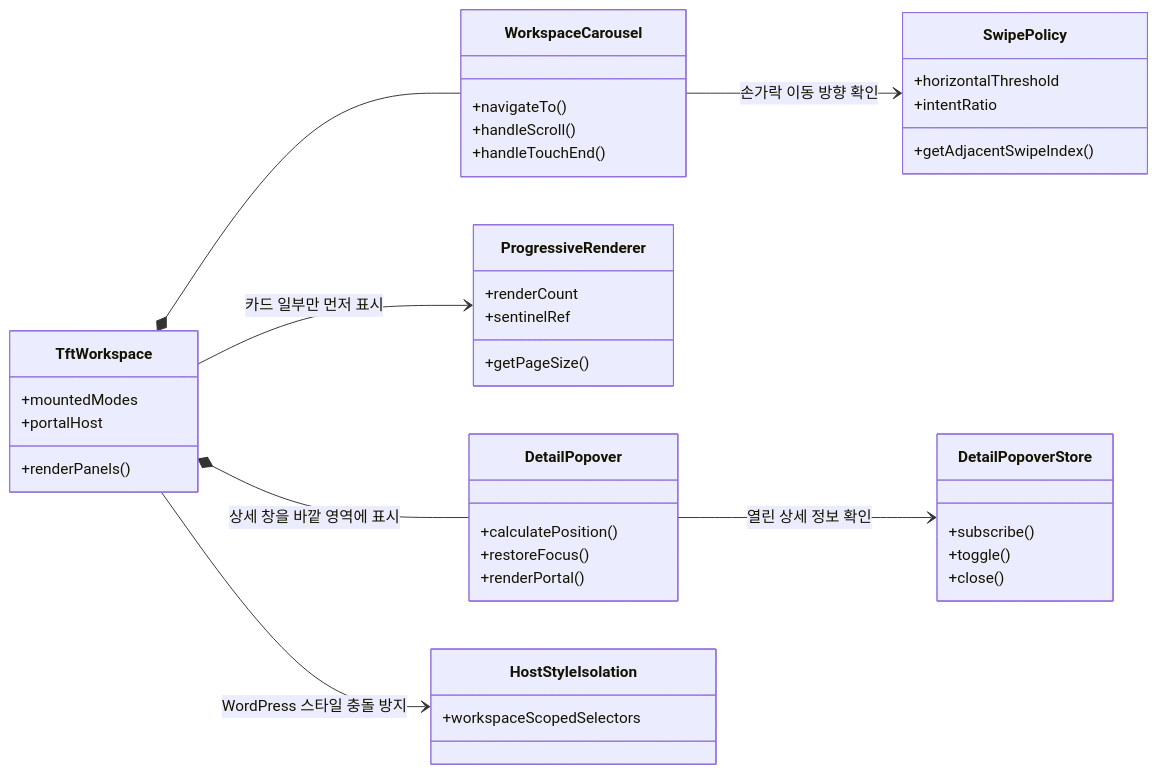
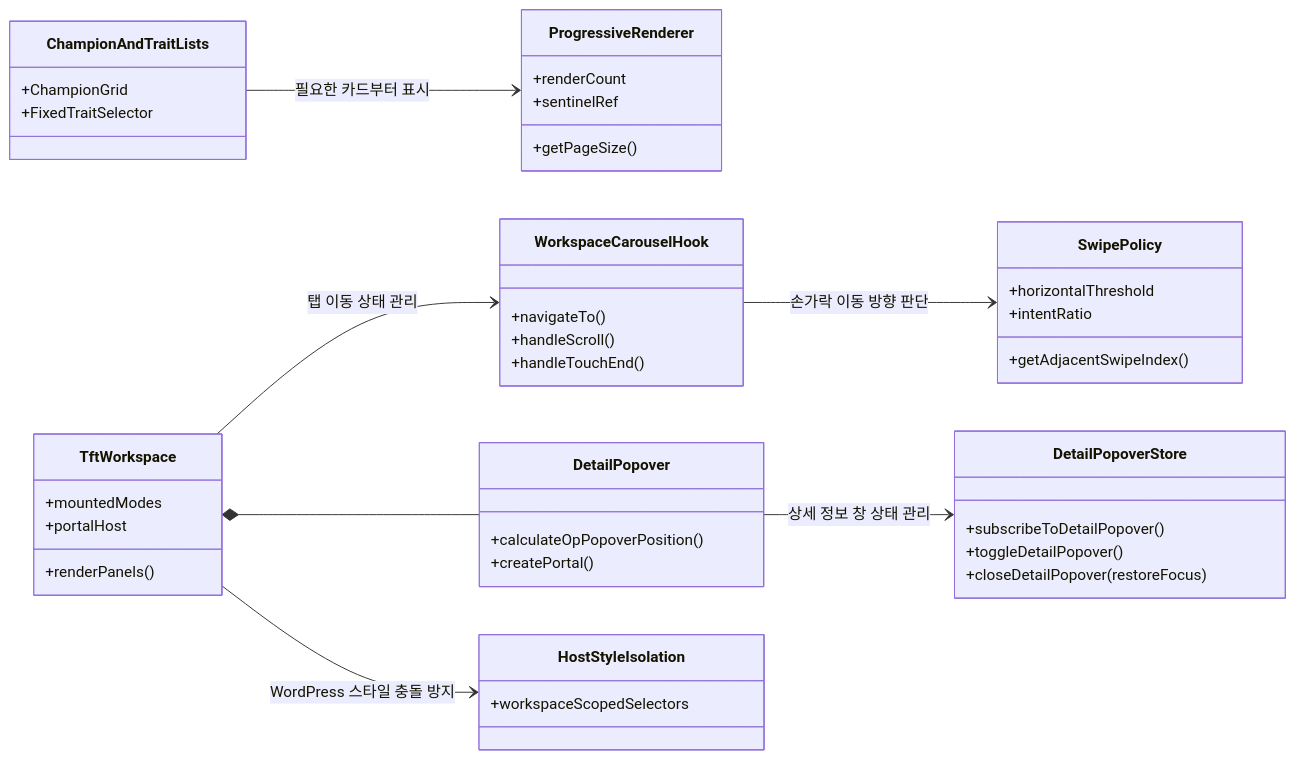
One commit to kimdol/my-tft-app changed the sixth of 6 diagrams in vite-project/src/features/README.md. Above: the diagram before and after it, drawn with Mermaid. The commit also changed other lines of this file, not shown here.

Commit message:
Fix README algorithm, state management, and data flow descriptions

````diff
--- a/vite-project/src/features/README.md
+++ b/vite-project/src/features/README.md
@@ -290,44 +813,59 @@
 ```mermaid
 classDiagram
     direction LR
+
     class TftWorkspace {
         +mountedModes
         +portalHost
         +renderPanels()
     }
-    class WorkspaceCarousel {
+
+    class WorkspaceCarouselHook {
         +navigateTo()
         +handleScroll()
         +handleTouchEnd()
     }
+
     class SwipePolicy {
         +getAdjacentSwipeIndex()
         +horizontalThreshold
         +intentRatio
     }
+
+    class ChampionAndTraitLists {
+        +ChampionGrid
+        +FixedTraitSelector
+    }
+
     class ProgressiveRenderer {
         +renderCount
         +sentinelRef
         +getPageSize()
     }
+
     class DetailPopoverStore {
-        +subscribe()
-        +toggle()
-        +close()
+        +subscribeToDetailPopover()
+        +toggleDetailPopover()
+        +closeDetailPopover(restoreFocus)
     }
+
     class DetailPopover {
-        +calculatePosition()
-        +restoreFocus()
-        +renderPortal()
+        +calculateOpPopoverPosition()
+        +createPortal()
     }
+
     class HostStyleIsolation {
         +workspaceScopedSelectors
     }
 
-    TftWorkspace *-- WorkspaceCarousel
-    WorkspaceCarousel --> SwipePolicy : 손가락 이동 방향 확인
-    TftWorkspace --> ProgressiveRenderer : 카드 일부만 먼저 표시
-    TftWorkspace *-- DetailPopover : 상세 창을 바깥 영역에 표시
-    DetailPopover --> DetailPopoverStore : 열린 상세 정보 확인
+    TftWorkspace --> WorkspaceCarouselHook : 탭 이동 상태 관리
+
+    WorkspaceCarouselHook --> SwipePolicy : 손가락 이동 방향 판단
+
+    ChampionAndTraitLists --> ProgressiveRenderer : 필요한 카드부터 표시
+
+    TftWorkspace *-- DetailPopover
+    DetailPopover --> DetailPopoverStore : 상세 정보 창 상태 관리
+
     TftWorkspace --> HostStyleIsolation : WordPress 스타일 충돌 방지
 ```
````
